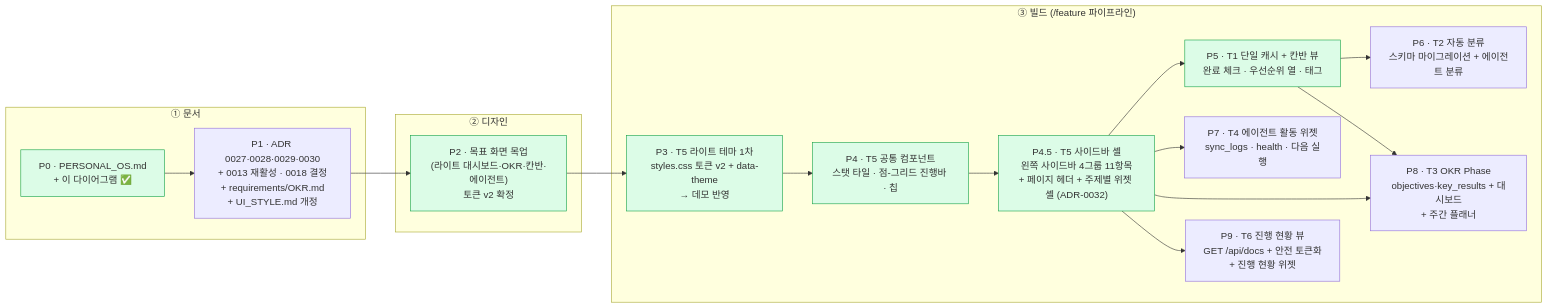
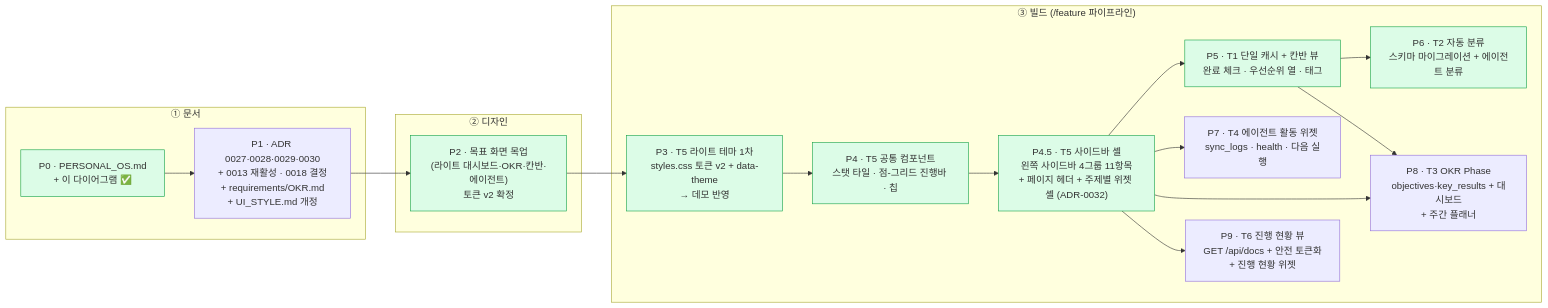
One commit to gamercross/my-setup-proj changed the diagram in docs/progress/PROGRESS.md. Above: the diagram before and after it, drawn with Mermaid. The commit also changed other lines of this file and 41 other files, not shown here.

````diff
--- a/docs/progress/PROGRESS.md
+++ b/docs/progress/PROGRESS.md
@@ -304,34 +304,35 @@
 ```mermaid
 flowchart LR
   subgraph DOC["① 문서"]
     P0["P0 · PERSONAL_OS.md<br/>+ 이 다이어그램 ✅"]
     P1["P1 · ADR 0027·0028·0029·0030<br/>+ 0013 재활성 · 0018 결정<br/>+ requirements/OKR.md<br/>+ UI_STYLE.md 개정"]
   end
   subgraph DES["② 디자인"]
     P2["P2 · 목표 화면 목업<br/>(라이트 대시보드·OKR·칸반·에이전트)<br/>토큰 v2 확정"]
   end
   subgraph BUILD["③ 빌드 (/feature 파이프라인)"]
     P3["P3 · T5 라이트 테마 1차<br/>styles.css 토큰 v2 + data-theme<br/>→ 데모 반영"]
     P4["P4 · T5 공통 컴포넌트<br/>스탯 타일 · 점-그리드 진행바 · 칩"]
     P45["P4.5 · T5 사이드바 셸<br/>왼쪽 사이드바 4그룹 11항목<br/>+ 페이지 헤더 + 주제별 위젯 셸 (ADR-0032)"]
     P5["P5 · T1 단일 캐시 + 칸반 뷰<br/>완료 체크 · 우선순위 열 · 태그"]
     P6["P6 · T2 자동 분류<br/>스키마 마이그레이션 + 에이전트 분류"]
     P7["P7 · T4 에이전트 활동 위젯<br/>sync_logs · health · 다음 실행"]
     P8["P8 · T3 OKR Phase<br/>objectives·key_results + 대시보드<br/>+ 주간 플래너"]
     P9["P9 · T6 진행 현황 뷰<br/>GET /api/docs + 안전 토큰화<br/>+ 진행 현황 위젯"]
   end
 
   P0 --> P1 --> P2 --> P3 --> P4 --> P45
   P45 --> P5 --> P6
   P45 --> P7
   P45 --> P8
   P45 --> P9
   P5 --> P8
 
   style P0 fill:#dcfce7,stroke:#16a34a
   style P2 fill:#dcfce7,stroke:#16a34a
   style P3 fill:#dcfce7,stroke:#16a34a
   style P4 fill:#dcfce7,stroke:#16a34a
   style P45 fill:#dcfce7,stroke:#16a34a
   style P5 fill:#dcfce7,stroke:#16a34a
+  style P6 fill:#dcfce7,stroke:#16a34a
 ```
````
